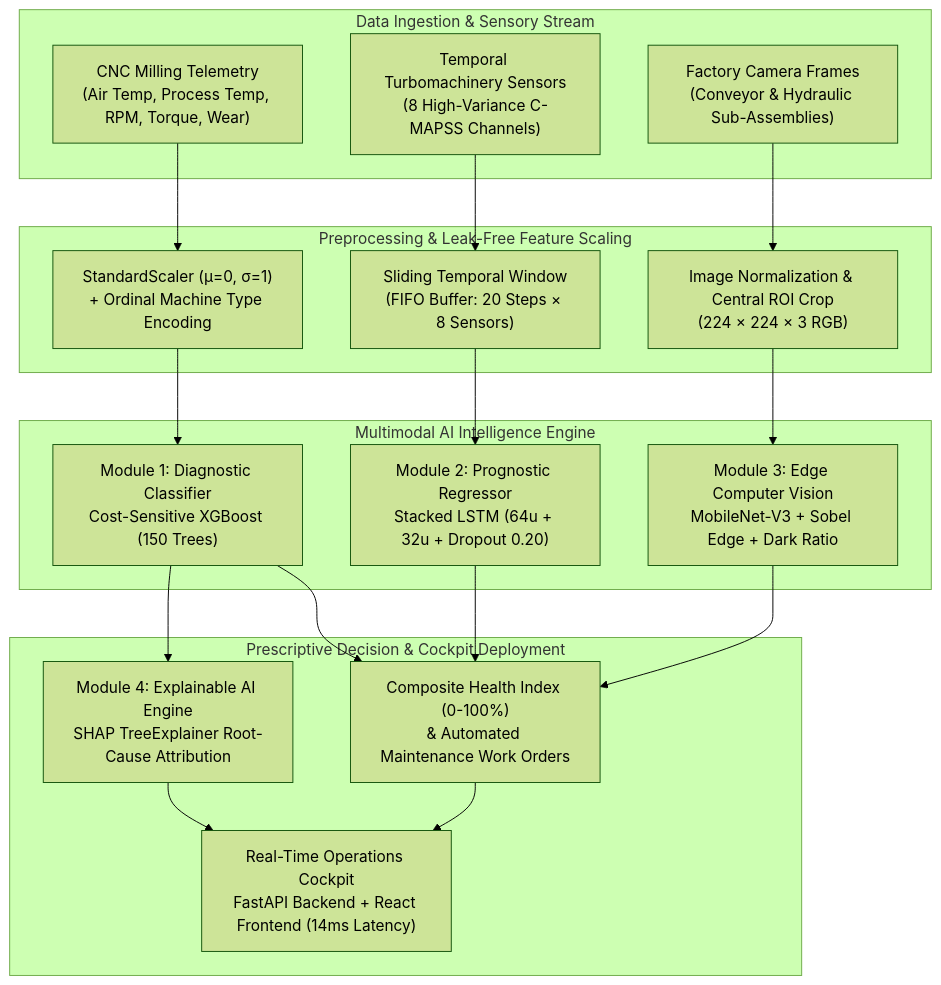
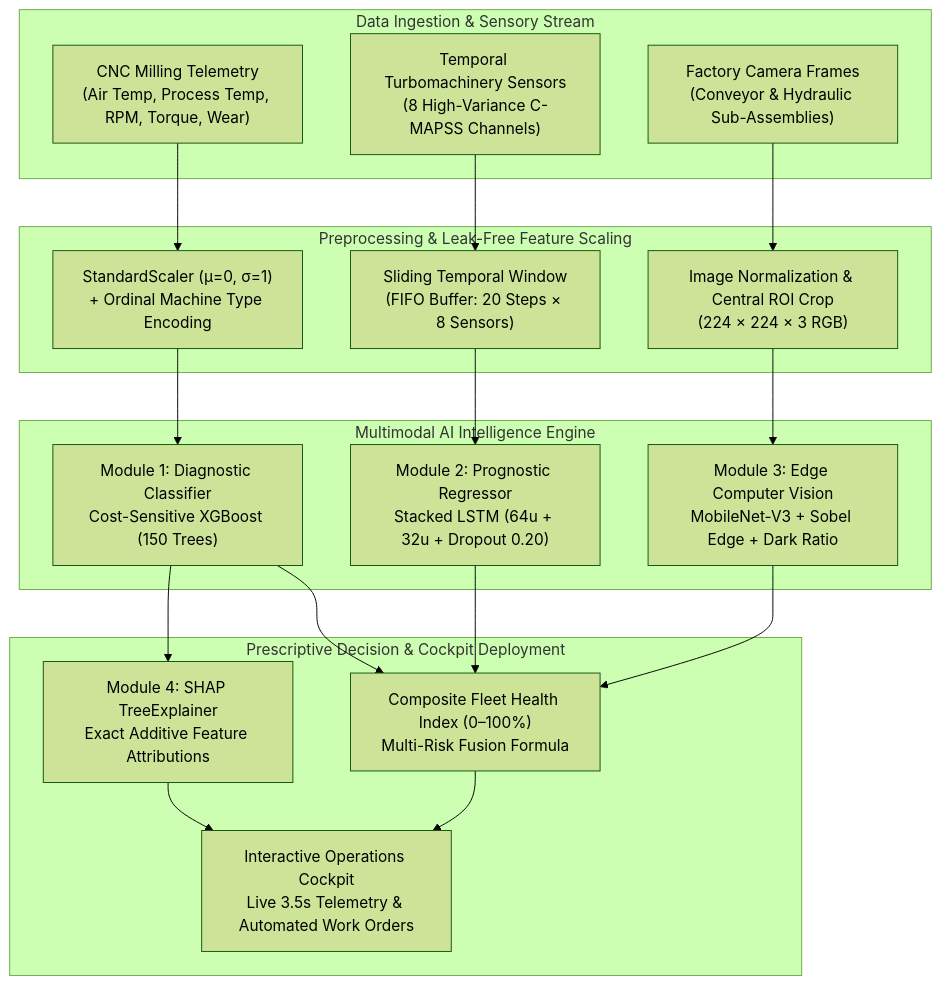
One commit to PujaRaj356/MOTION-AI-Autonomous-Predictive-Intelligence-Cockpit- changed the diagram in RESEARCH_ARTICLE_20MSS54_ML.md. Above: the diagram before and after it, drawn with Mermaid (forest theme). The commit also changed other lines of this file and 5 other files, not shown here.

````diff
--- a/RESEARCH_ARTICLE_20MSS54_ML.md
+++ b/RESEARCH_ARTICLE_20MSS54_ML.md
@@ -260,65 +132,33 @@
 ```mermaid
-
 flowchart TD
-
     subgraph S1["Data Ingestion & Sensory Stream"]
-
         A1["CNC Milling Telemetry<br/>(Air Temp, Process Temp, RPM, Torque, Wear)"]
-
         A2["Temporal Turbomachinery Sensors<br/>(8 High-Variance C-MAPSS Channels)"]
-
         A3["Factory Camera Frames<br/>(Conveyor & Hydraulic Sub-Assemblies)"]
-
     end
 
-
-
     subgraph S2["Preprocessing & Leak-Free Feature Scaling"]
-
         B1["StandardScaler (μ=0, σ=1)<br/>+ Ordinal Machine Type Encoding"]
-
         B2["Sliding Temporal Window<br/>(FIFO Buffer: 20 Steps × 8 Sensors)"]
-
         B3["Image Normalization & Central ROI Crop<br/>(224 × 224 × 3 RGB)"]
-
     end
 
-
-
     subgraph S3["Multimodal AI Intelligence Engine"]
-
         C1["Module 1: Diagnostic Classifier<br/>Cost-Sensitive XGBoost (150 Trees)"]
-
         C2["Module 2: Prognostic Regressor<br/>Stacked LSTM (64u + 32u + Dropout 0.20)"]
-
         C3["Module 3: Edge Computer Vision<br/>MobileNet-V3 + Sobel Edge + Dark Ratio"]
-
     end
 
-
-
     subgraph S4["Prescriptive Decision & Cockpit Deployment"]
-
-        D1["Module 4: Explainable AI Engine<br/>SHAP TreeExplainer Root-Cause Attribution"]
-
-        D2["Composite Health Index (0-100%)<br/>& Automated Maintenance Work Orders"]
-
-        D3["Real-Time Operations Cockpit<br/>FastAPI Backend + React Frontend (14ms Latency)"]
-
+        D1["Module 4: SHAP TreeExplainer<br/>Exact Additive Feature Attributions"]
+        D2["Composite Fleet Health Index (0–100%)<br/>Multi-Risk Fusion Formula"]
+        D3["Interactive Operations Cockpit<br/>Live 3.5s Telemetry & Automated Work Orders"]
     end
 
-
-
     A1 --> B1 --> C1
-
     A2 --> B2 --> C2
-
     A3 --> B3 --> C3
-
     C1 --> D1
-
     C1 & C2 & C3 --> D2 --> D3
-
     D1 --> D3
-
 ```
````
